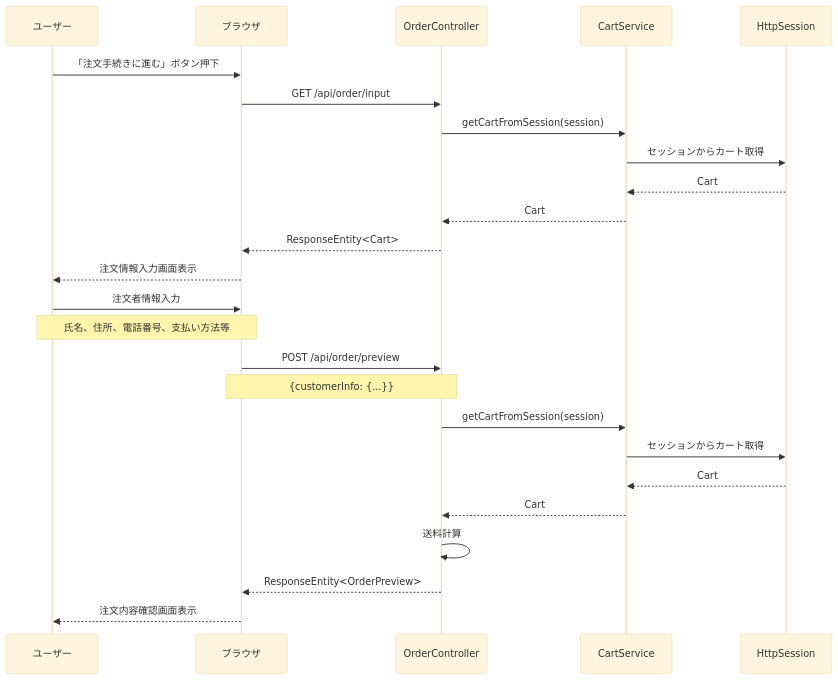
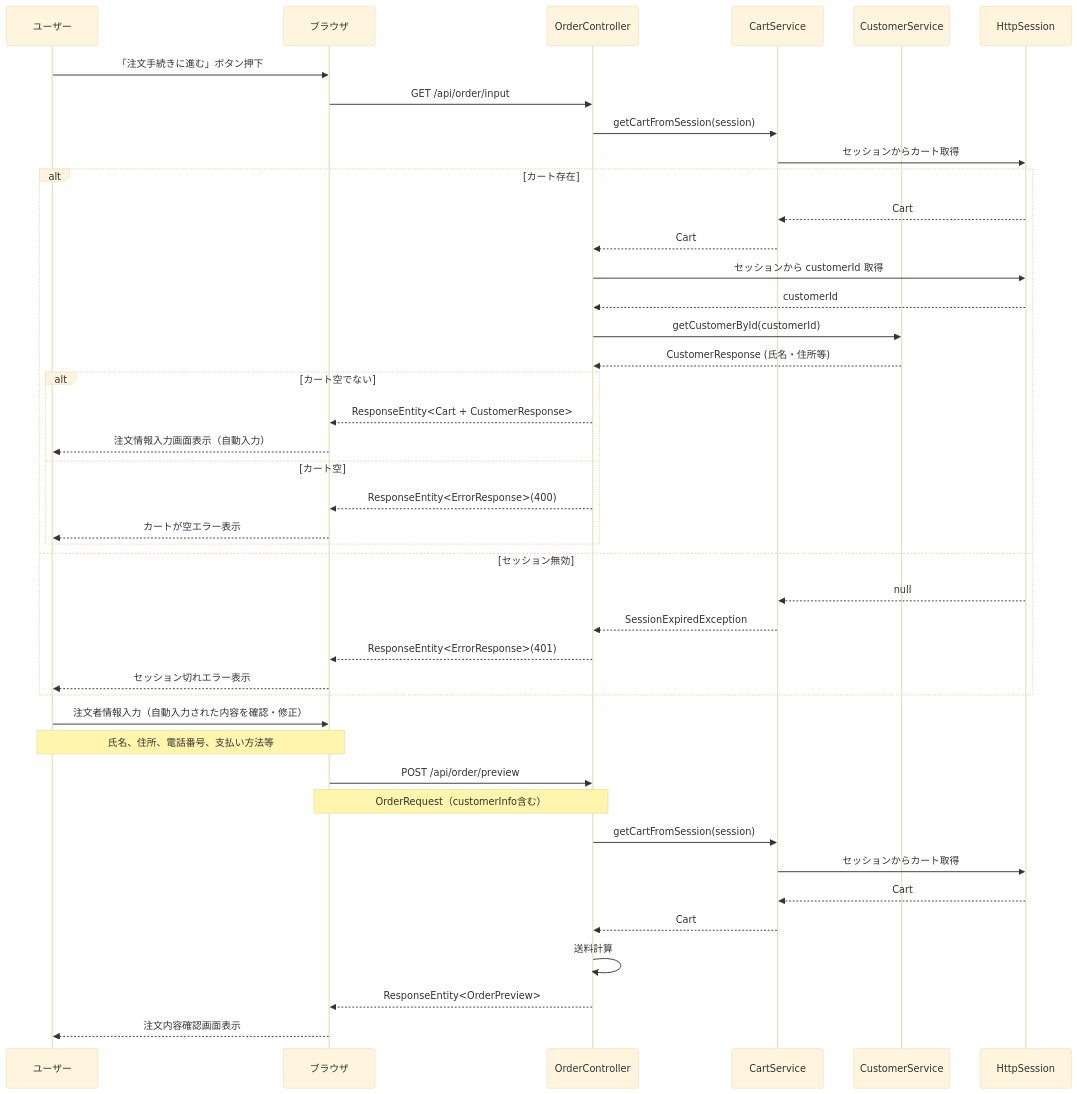
The seventh of 17 diagrams in 詳細設計/3_sequence.md (shogomaeda758/Bacon), drawn with Mermaid (base theme) before and after one commit. The commit also changed other lines of this file, not shown here.

Commit message:
シーケンス図の修正

````diff
--- a/詳細設計/3_sequence.md
+++ b/詳細設計/3_sequence.md
@@ -202,29 +246,51 @@
 ```mermaid
 sequenceDiagram
     participant U as ユーザー
     participant B as ブラウザ
     participant OC as OrderController
     participant CS as CartService
+    participant CuS as CustomerService
     participant S as HttpSession
 
     U->>B: 「注文手続きに進む」ボタン押下
     B->>OC: GET /api/order/input
     OC->>CS: getCartFromSession(session)
     CS->>S: セッションからカート取得
-    S-->>CS: Cart
-    CS-->>OC: Cart
-    OC-->>B: ResponseEntity<Cart>
-    B-->>U: 注文情報入力画面表示
 
-    U->>B: 注文者情報入力
+    alt カート存在
+        S-->>CS: Cart
+        CS-->>OC: Cart
+
+        OC->>S: セッションから customerId 取得
+        S-->>OC: customerId
+
+        OC->>CuS: getCustomerById(customerId)
+        CuS-->>OC: CustomerResponse (氏名・住所等)
+
+        alt カート空でない
+            OC-->>B: ResponseEntity<Cart + CustomerResponse>
+            B-->>U: 注文情報入力画面表示（自動入力）
+        else カート空
+            OC-->>B: ResponseEntity<ErrorResponse>(400)
+            B-->>U: カートが空エラー表示
+        end
+    else セッション無効
+        S-->>CS: null
+        CS-->>OC: SessionExpiredException
+        OC-->>B: ResponseEntity<ErrorResponse>(401)
+        B-->>U: セッション切れエラー表示
+    end
+
+    U->>B: 注文者情報入力（自動入力された内容を確認・修正）
     Note over U,B: 氏名、住所、電話番号、支払い方法等
     B->>OC: POST /api/order/preview
-    Note over B,OC: {customerInfo: {...}}
+    Note over B,OC: OrderRequest（customerInfo含む）
     OC->>CS: getCartFromSession(session)
     CS->>S: セッションからカート取得
     S-->>CS: Cart
     CS-->>OC: Cart
     OC->>OC: 送料計算
     OC-->>B: ResponseEntity<OrderPreview>
     B-->>U: 注文内容確認画面表示
+
 ```
````
